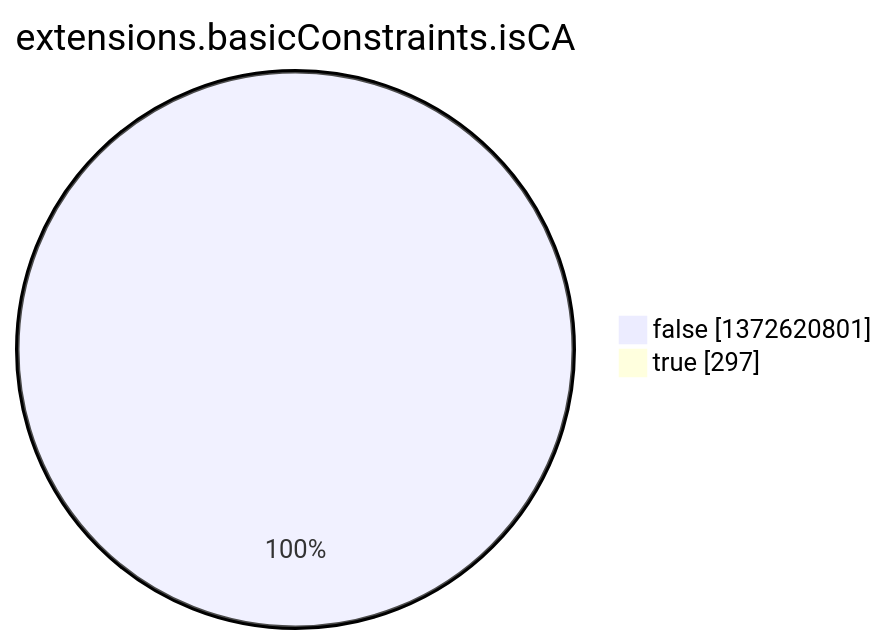
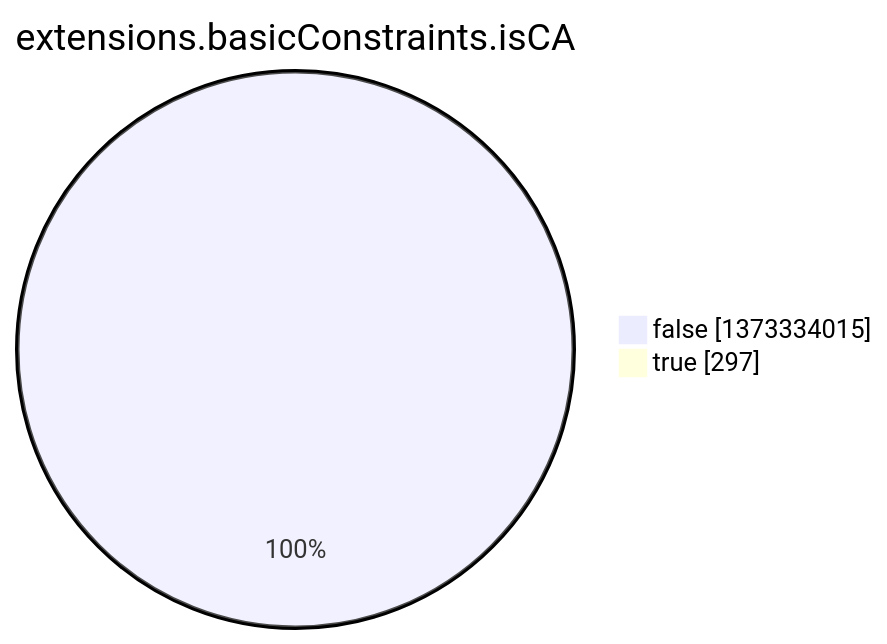
One commit to christiankrug/ctmonitor_visualization changed the eighth of 15 diagrams in argon2022/README.md. Above: the diagram before and after it, drawn with Mermaid. The commit also changed other lines of this file, not shown here.

````diff
--- a/argon2022/README.md
+++ b/argon2022/README.md
@@ -2759,6 +2759,6 @@
 ```mermaid
 pie showData
 title extensions.basicConstraints.isCA
-"false" :1372620801
+"false" :1373334015
 "true" :297
 ```
````
